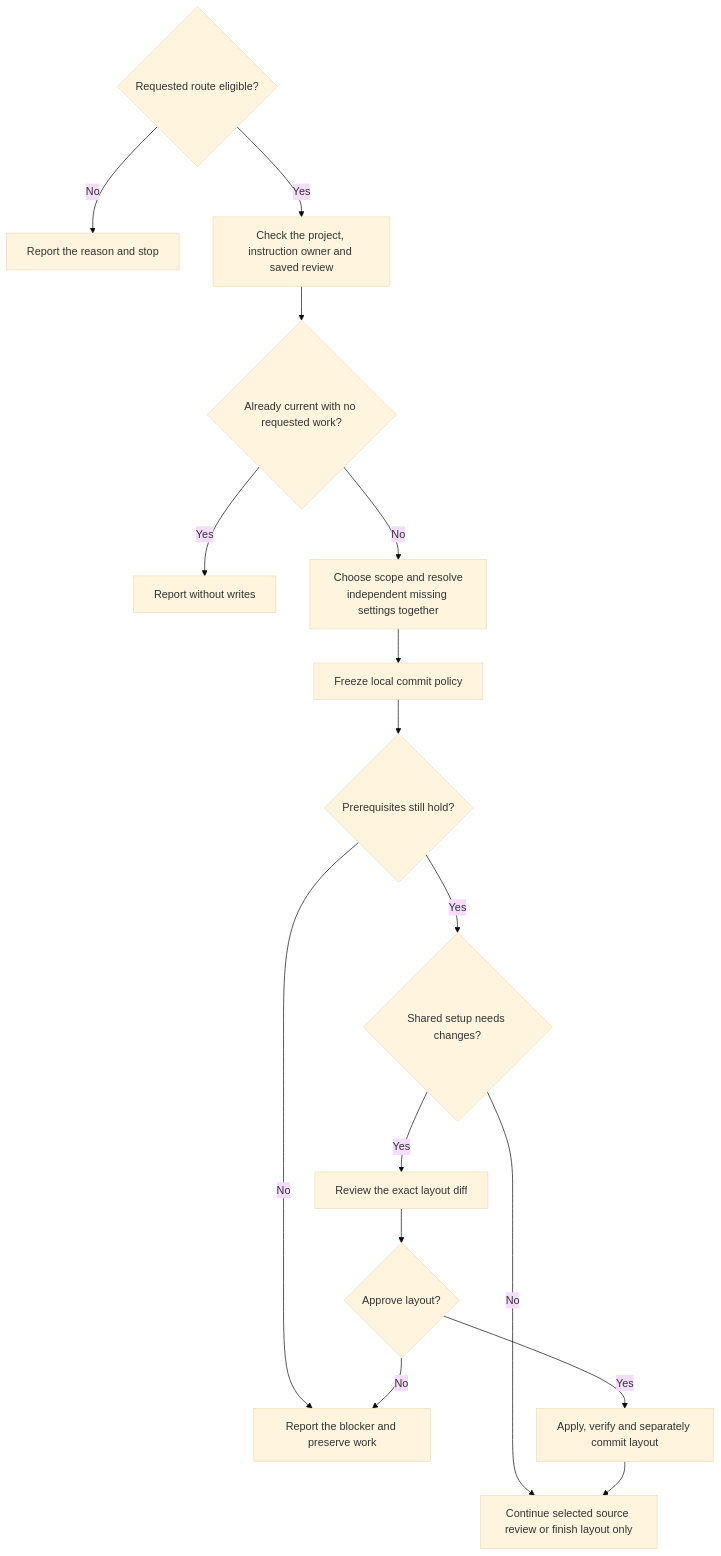
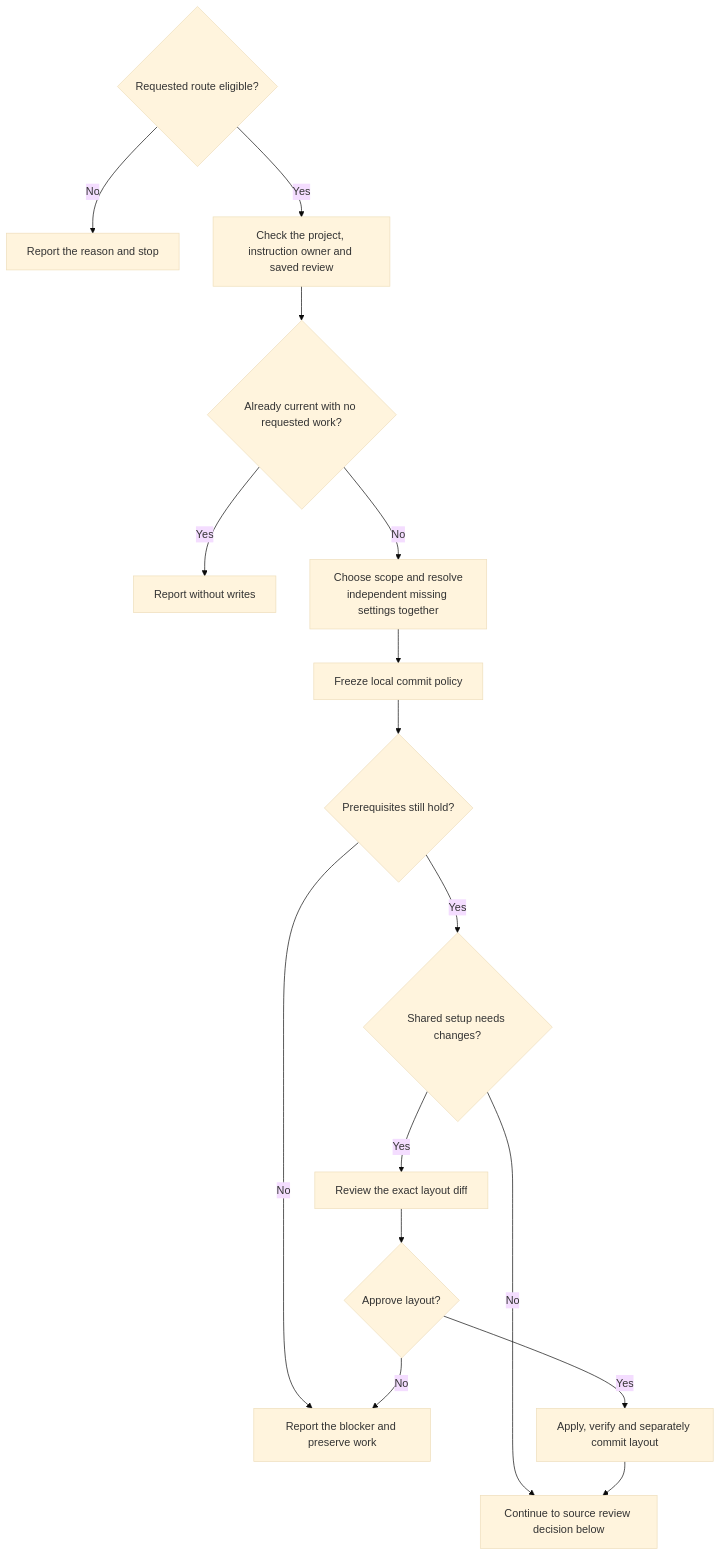
Before and after one commit to myowinthein/agent-helm: the first of 2 diagrams in docs/commands/log/detailed.md, drawn with Mermaid (base theme). The commit also changed other lines of this file, not shown here.

Commit message:
docs(log): clarify continuation between flow diagrams

````diff
--- a/docs/commands/log/detailed.md
+++ b/docs/commands/log/detailed.md
@@ -22,18 +24,18 @@
 ```mermaid
 flowchart TD
   Entry{"Requested route eligible?"} -->|No| Blocked["Report the reason and stop"]
   Entry -->|Yes| Inspect
   Inspect["Check the project, instruction owner and saved review"] --> Current{"Already current with no requested work?"}
   Current -->|Yes| Noop["Report without writes"]
   Current -->|No| Scope["Choose scope and resolve<br/>independent missing settings together"]
   Scope --> Policy["Freeze local commit policy"]
   Policy --> Eligible{"Prerequisites still hold?"}
   Eligible -->|No| Block["Report the blocker and preserve work"]
   Eligible -->|Yes| Layout{"Shared setup needs changes?"}
   Layout -->|Yes| Review["Review the exact layout diff"]
   Review --> Choice{"Approve layout?"}
   Choice -->|Yes| Save["Apply, verify and separately commit layout"]
   Choice -->|No| Block
-  Layout -->|No| Next["Continue selected source review or finish layout only"]
+  Layout -->|No| Next["Continue to source review decision below"]
   Save --> Next
 ```
````
